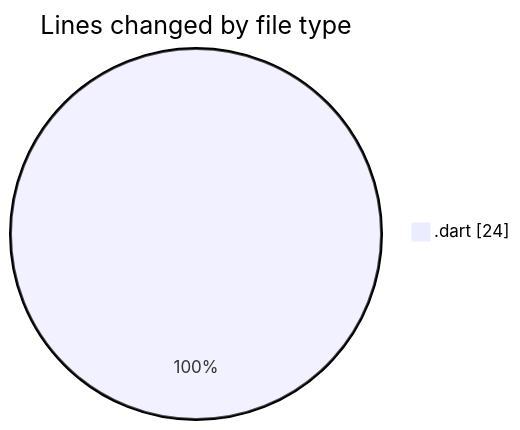
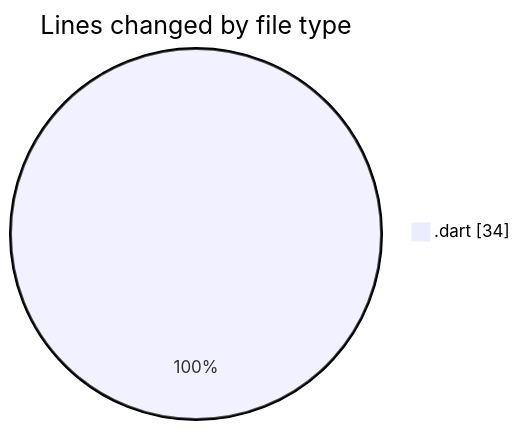
One commit to Elitesun/code-tracking changed the first of 2 diagrams in 2025-03-26/elitesun/README.md. Above: the diagram before and after it, drawn with Mermaid. The commit also changed other lines of this file and 1 other file, not shown here.

````diff
--- a/2025-03-26/elitesun/README.md
+++ b/2025-03-26/elitesun/README.md
@@ -20,5 +20,5 @@
 ```mermaid
 pie showData
 title Lines changed by file type
-".dart" : 24
+".dart" : 34
 ```
````
